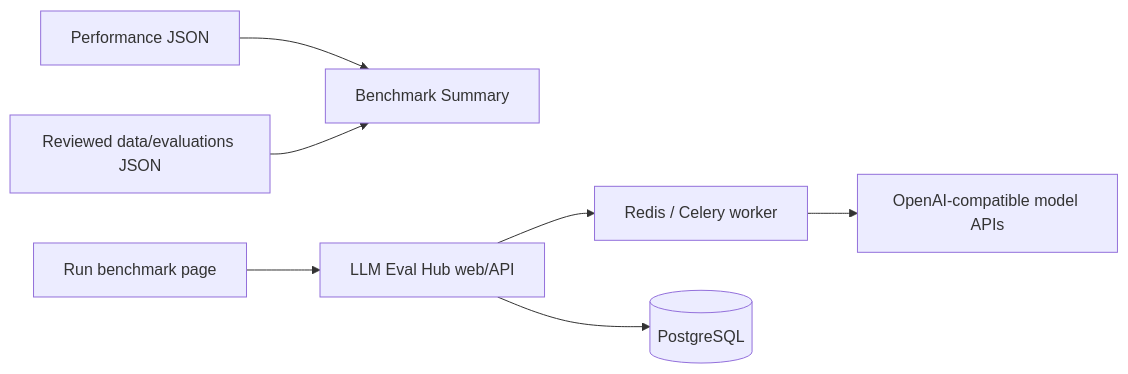
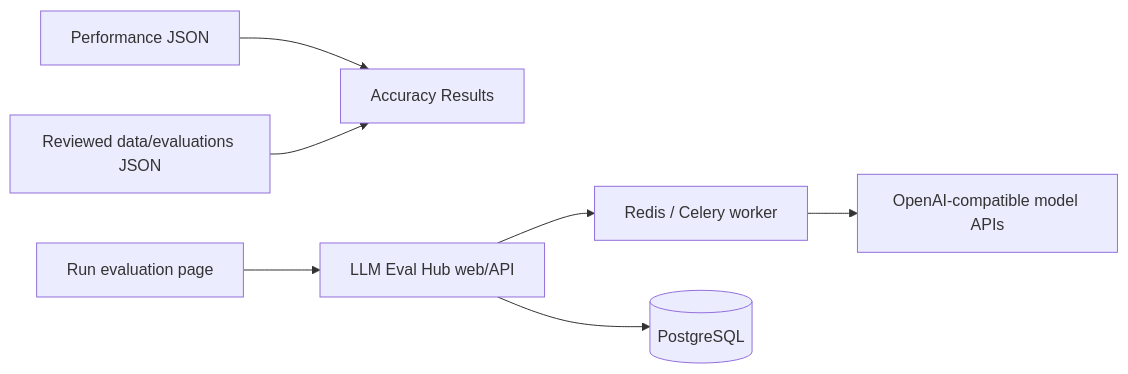
Before and after one commit to InferStation/InferStation: the diagram in docs/accuracy-benchmark-design.md, drawn with Mermaid. The commit also changed other lines of this file and 11 other files, not shown here.

````diff
--- a/docs/accuracy-benchmark-design.md
+++ b/docs/accuracy-benchmark-design.md
@@ -77,9 +78,9 @@
 ```mermaid
 flowchart LR
-  P["Performance JSON"] --> S["Benchmark Summary"]
+  P["Performance JSON"] --> S["Accuracy Results"]
   E["Reviewed data/evaluations JSON"] --> S
-  R["Run benchmark page"] --> H["LLM Eval Hub web/API"]
+  R["Run evaluation page"] --> H["LLM Eval Hub web/API"]
   H --> Q["Redis / Celery worker"]
   H --> D[(PostgreSQL)]
   Q --> M["OpenAI-compatible model APIs"]
 ```
````
